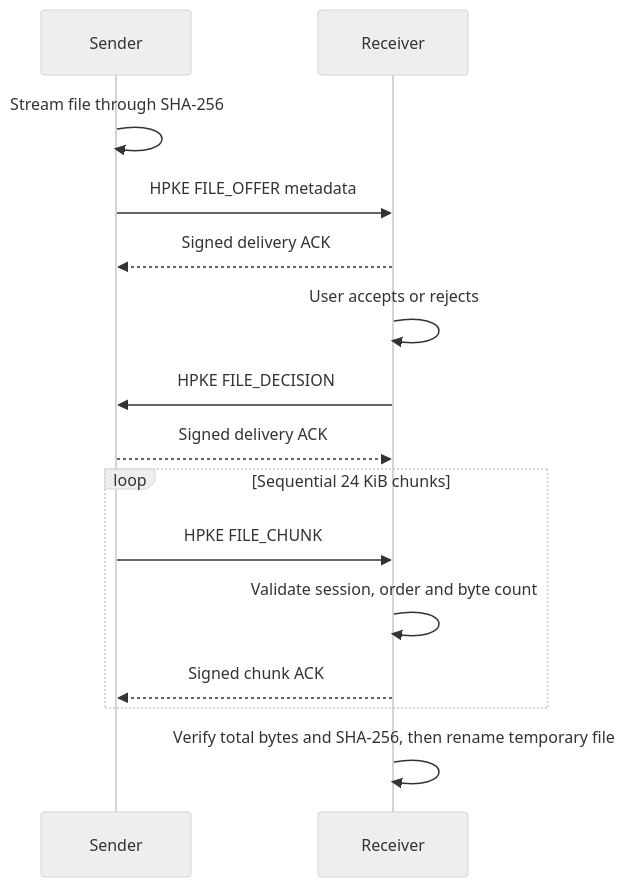
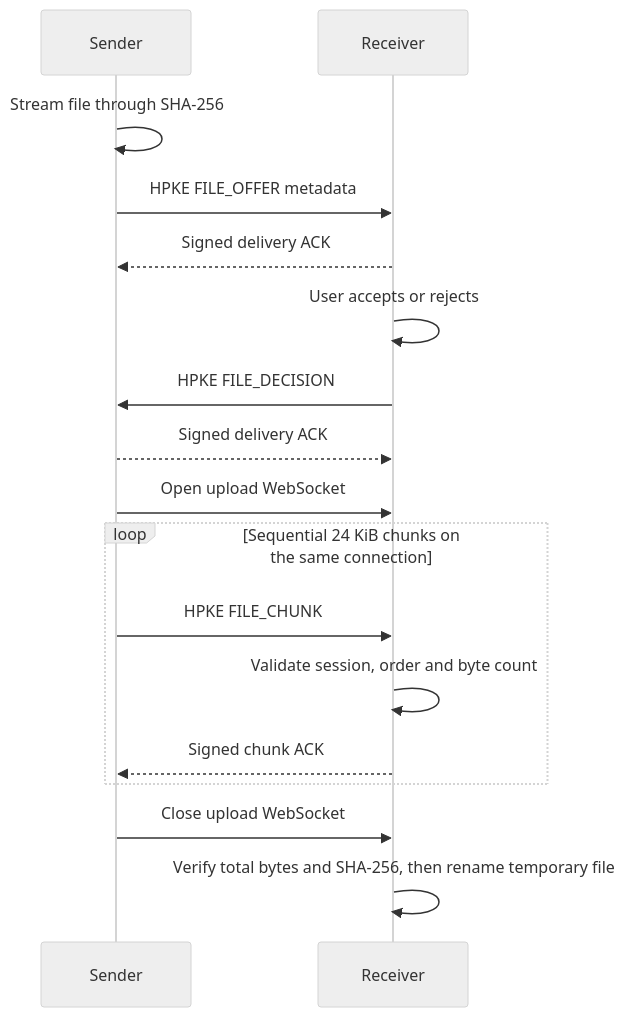
Before and after one commit to x2ink/subnetdrop: the diagram in docs/spec/file-transfer-v1.md, drawn with Mermaid (neutral theme). The commit also changed other lines of this file and 21 other files, not shown here.

````diff
--- a/docs/spec/file-transfer-v1.md
+++ b/docs/spec/file-transfer-v1.md
@@ -36,17 +39,19 @@
 ```mermaid
 sequenceDiagram
     participant S as Sender
     participant R as Receiver
     S->>S: Stream file through SHA-256
     S->>R: HPKE FILE_OFFER metadata
     R-->>S: Signed delivery ACK
     R->>R: User accepts or rejects
     R->>S: HPKE FILE_DECISION
     S-->>R: Signed delivery ACK
-    loop Sequential 24 KiB chunks
+    S->>R: Open upload WebSocket
+    loop Sequential 24 KiB chunks on the same connection
         S->>R: HPKE FILE_CHUNK
         R->>R: Validate session, order and byte count
         R-->>S: Signed chunk ACK
     end
+    S->>R: Close upload WebSocket
     R->>R: Verify total bytes and SHA-256, then rename temporary file
 ```
````
